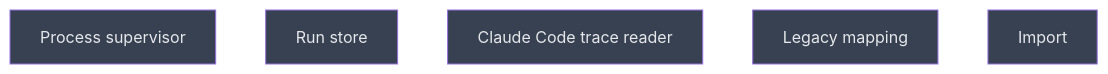
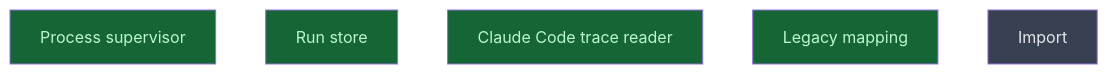
One commit to CrackingShells/Candler changed the diagram in __roadmap__/m1-contracts/interfaces/services/README.md. Above: the diagram before and after it, drawn with Mermaid. The commit also changed other lines of this file and 5 other files, not shown here.

````diff
--- a/__roadmap__/m1-contracts/interfaces/services/README.md
+++ b/__roadmap__/m1-contracts/interfaces/services/README.md
@@ -19,13 +19,13 @@
 ```mermaid
 graph TD
-    supervisor[Process supervisor]:::planned
-    run_store[Run store]:::planned
-    claude_code_reader[Claude Code trace reader]:::planned
-    legacy_mapping[Legacy mapping]:::planned
+    supervisor[Process supervisor]:::done
+    run_store[Run store]:::done
+    claude_code_reader[Claude Code trace reader]:::done
+    legacy_mapping[Legacy mapping]:::done
     import[Import]:::planned
     classDef done       fill:#166534,color:#bbf7d0
     classDef inprogress fill:#854d0e,color:#fef08a
     classDef planned    fill:#374151,color:#e5e7eb
     classDef amendment  fill:#1e3a5f,color:#bfdbfe
     classDef blocked    fill:#7f1d1d,color:#fecaca
 ```
````
